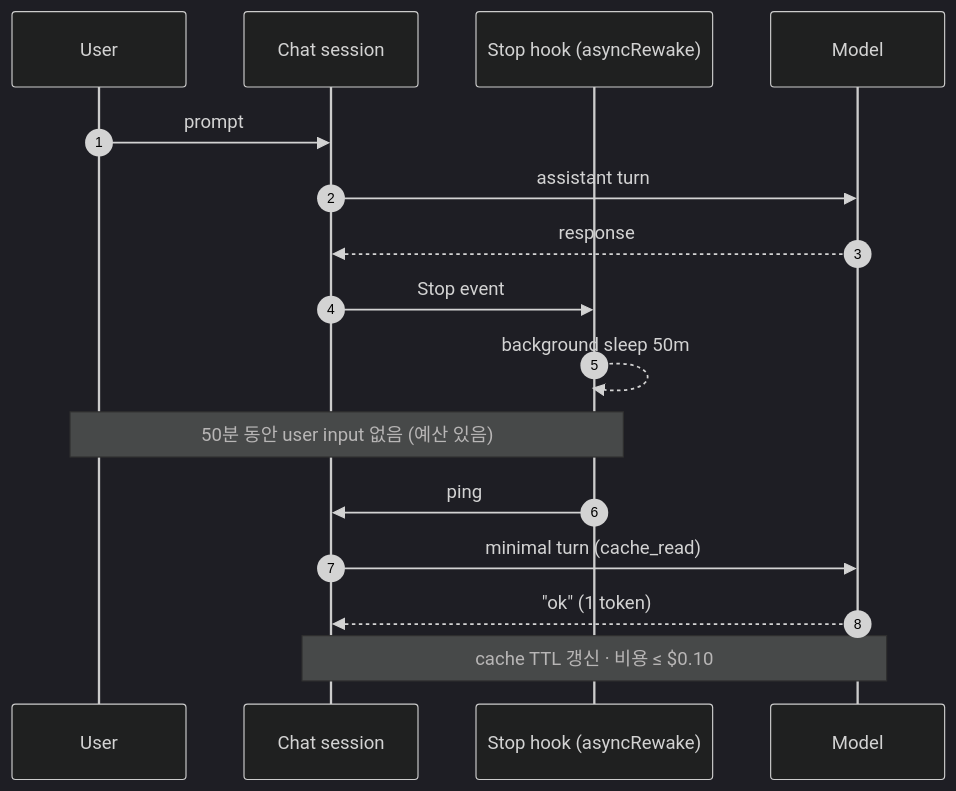
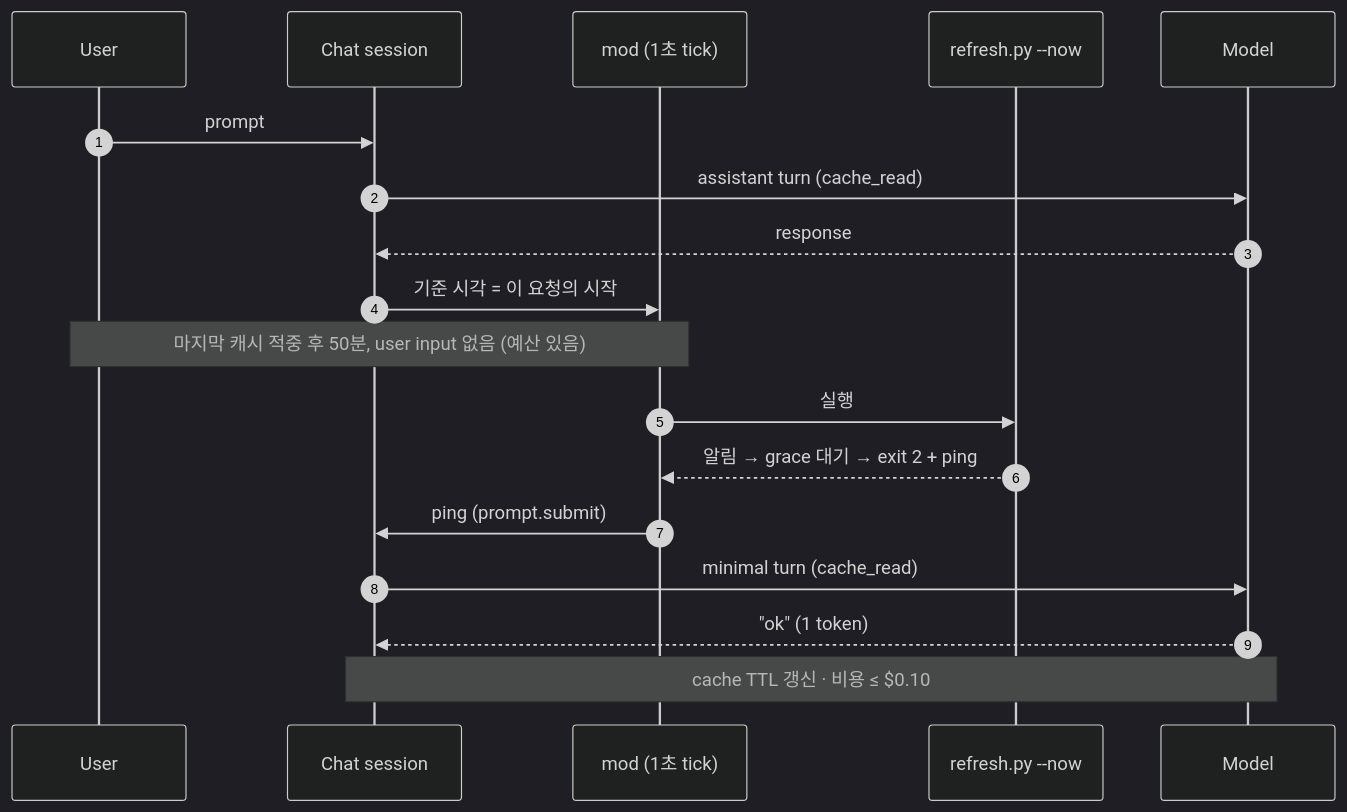
Before and after one commit to token-keeper/cache-necromancer: the diagram in README.md, drawn with Mermaid (dark theme). The commit also changed other lines of this file and 14 other files, not shown here.

````diff
--- a/README.md
+++ b/README.md
@@ -144,22 +150,24 @@
 ```mermaid
 sequenceDiagram
     autonumber
     participant U as User
     participant C as Chat session
-    participant H as Stop hook (asyncRewake)
+    participant H as mod (1초 tick)
+    participant P as refresh.py --now
     participant M as Model
 
     U->>C: prompt
-    C->>M: assistant turn
+    C->>M: assistant turn (cache_read)
     M-->>C: response
-    C->>H: Stop event
-    H-->>H: background sleep 50m
+    C->>H: 기준 시각 = 이 요청의 시작
 
-    Note over U,H: 50분 동안 user input 없음 (예산 있음)
+    Note over U,H: 마지막 캐시 적중 후 50분, user input 없음 (예산 있음)
 
-    H->>C: ping
+    H->>P: 실행
+    P-->>H: 알림 → grace 대기 → exit 2 + ping
+    H->>C: ping (prompt.submit)
     C->>M: minimal turn (cache_read)
     M-->>C: "ok" (1 token)
 
     Note over C,M: cache TTL 갱신 · 비용 ≤ $0.10
 ```
````
